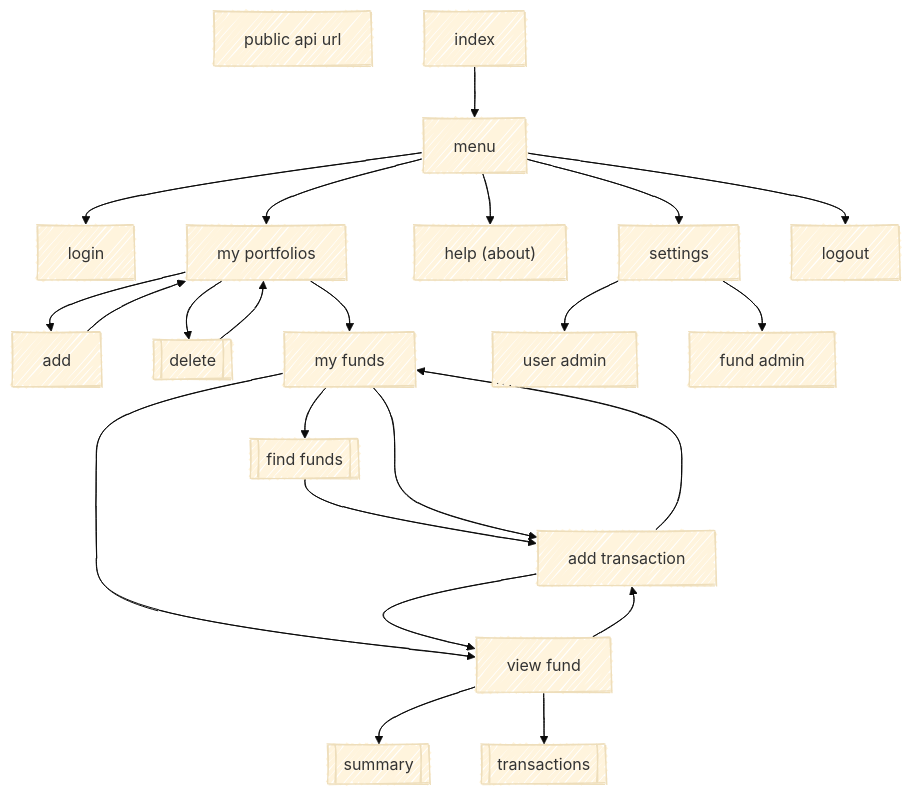
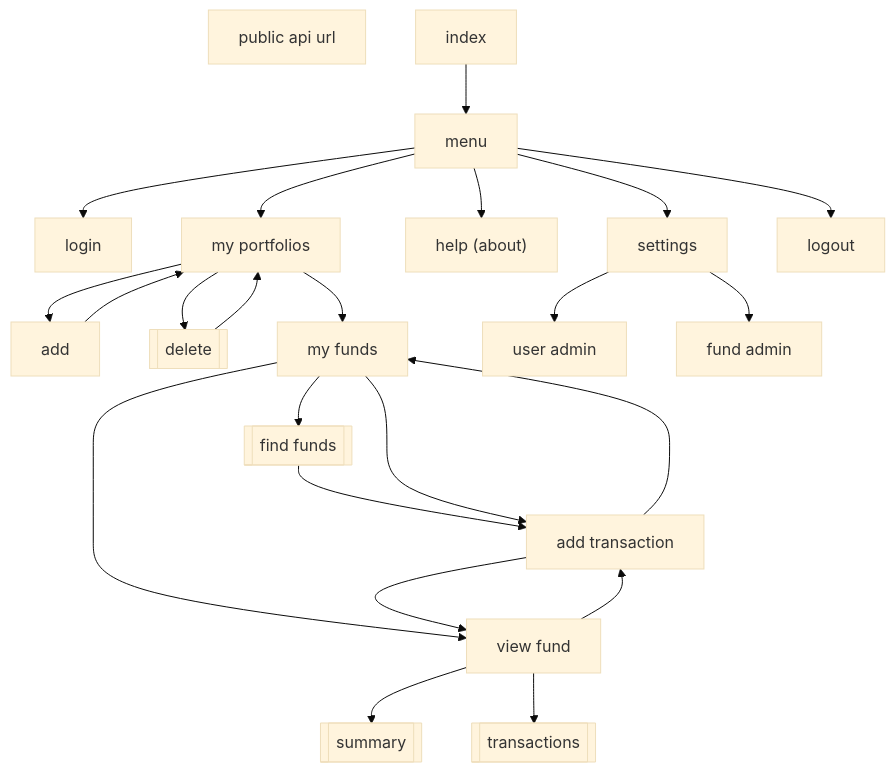
One commit to jbrun001/APIProject changed the second of 3 diagrams in README.md. Above: the diagram before and after it, drawn with Mermaid. The commit also changed other lines of this file and 1 other file, not shown here.

Commit message:
Documentation update. ERD revisions. Arch diag.

````diff
--- a/README.md
+++ b/README.md
@@ -103,51 +52,50 @@
 ```mermaid
 ---
 config:
-  look: handDrawn
   theme: base
 ---
 flowchart
     api["public api url"]
     i["index"]-->menu
     login["login"]
  
     menu["menu"]
     menu-->login
 
     portfoliolist["my portfolios"]
     portfolioadd["add"]
     portfoliodelete[["delete"]]
     menu-->portfoliolist
     portfoliolist-->portfolioadd
     portfolioadd-->portfoliolist
     portfoliolist-->portfoliodelete
     portfoliodelete-->portfoliolist
     portfoliolist-->fundslist
     about["help (about)"]
     fundslist["my funds"]
     fundview["view fund"]
     fundtransactions[["transactions"]]
     fundsummary[["summary"]]
     filterfunds[["find funds"]]
     transactionadd["add transaction"]
     fundslist-->filterfunds
     filterfunds-->transactionadd
     transactionadd-->fundslist
     fundslist-->fundview
     fundslist-->transactionadd
     fundview-->transactionadd
     fundview-->fundsummary
     fundview-->fundtransactions
     transactionadd-->fundview
     settings["settings"]
     menu-->settings
     menu-->about
     logout["logout"]
     menu-->logout
     adminuser["user admin"]
     adminfunds["fund admin"]
     settings-->adminuser
     settings-->adminfunds
 
     
 ```
````
